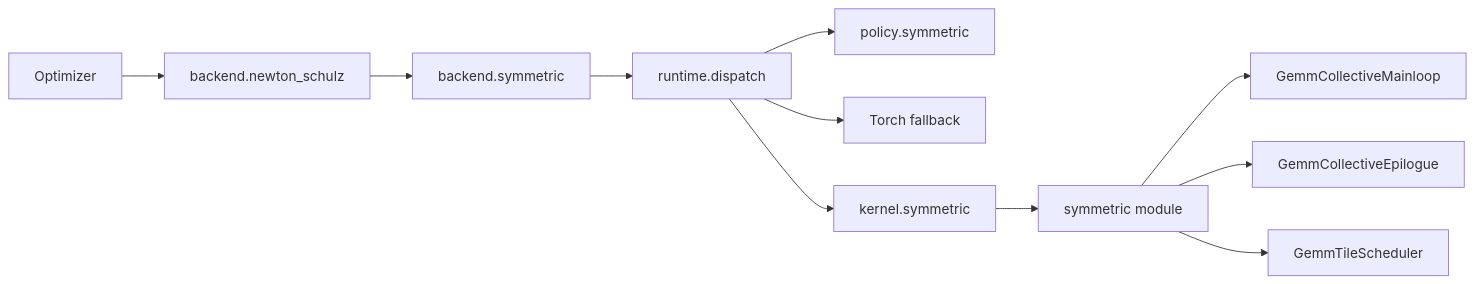
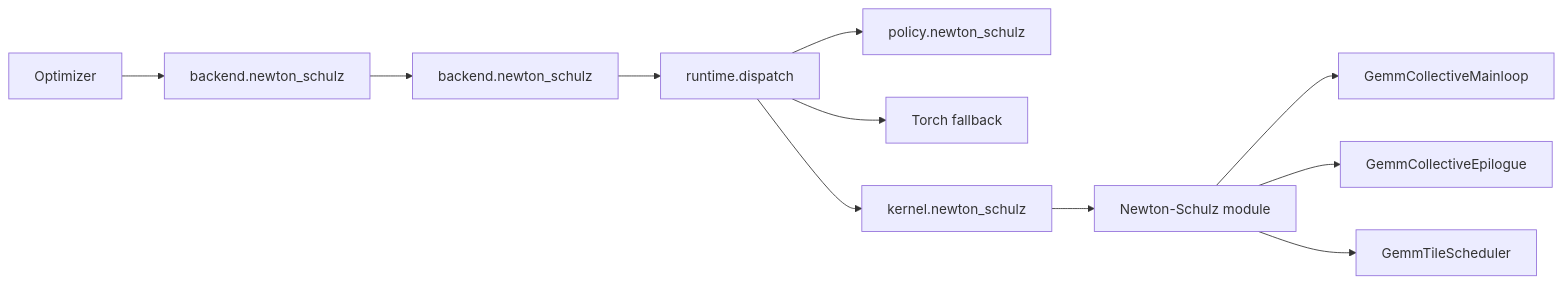
The diagram in docs/developer/kernels/symmetric.md (0z5a/AstrAI), drawn with Mermaid before and after one commit. The commit also changed other lines of this file and 21 other files, not shown here.

First line of the commit message:
refactor: consolidate Newton-Schulz CUDA module

````diff
--- a/docs/developer/kernels/symmetric.md
+++ b/docs/developer/kernels/symmetric.md
@@ -45,13 +45,13 @@
 ```mermaid
 flowchart LR
     Optimizer --> NS[backend.newton_schulz]
-    NS --> Ops[backend.symmetric]
+    NS --> Ops[backend.newton_schulz]
     Ops --> Registry[runtime.dispatch]
-    Registry --> Policy[policy.symmetric]
+    Registry --> Policy[policy.newton_schulz]
     Registry --> Torch[Torch fallback]
-    Registry --> Adapter[kernel.symmetric]
-    Adapter --> CUDA[symmetric module]
+    Registry --> Adapter[kernel.newton_schulz]
+    Adapter --> CUDA[Newton-Schulz module]
     CUDA --> Mainloop[GemmCollectiveMainloop]
     CUDA --> Epilogue[GemmCollectiveEpilogue]
     CUDA --> Scheduler[GemmTileScheduler]
 ```
````
